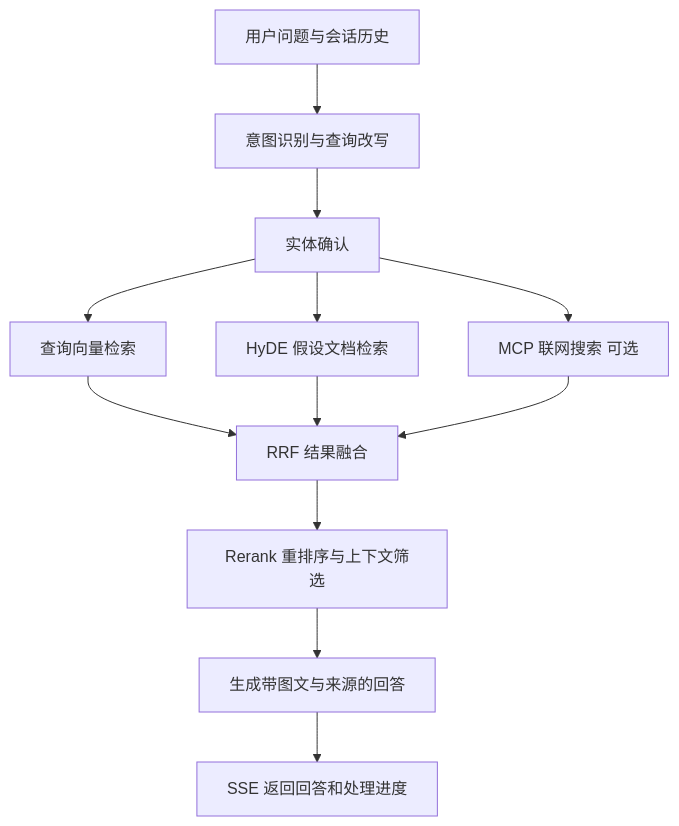
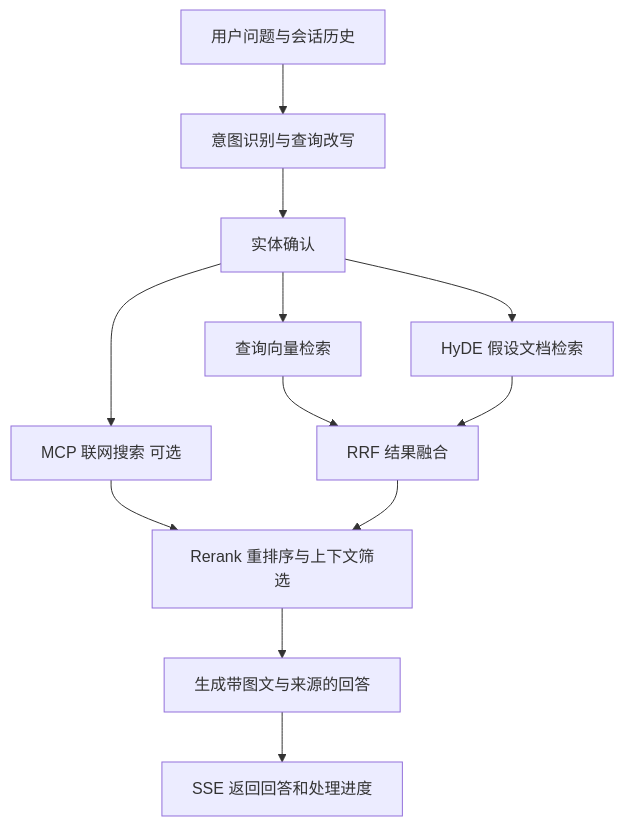
Before and after one commit to yuanshen-ai/RAG: the second of 2 diagrams in README.md, drawn with Mermaid. The commit also changed other lines of this file, not shown here.

Commit message:
docs: correct retrieval flow and evaluation instructions

````diff
--- a/README.md
+++ b/README.md
@@ -36,14 +36,14 @@
 ```mermaid
 flowchart TD
     A[用户问题与会话历史] --> B[意图识别与查询改写]
     B --> C[实体确认]
     C --> D[查询向量检索]
     C --> E[HyDE 假设文档检索]
     C --> F[MCP 联网搜索 可选]
     D --> G[RRF 结果融合]
     E --> G
-    F --> G
+    F --> H
     G --> H[Rerank 重排序与上下文筛选]
     H --> I[生成带图文与来源的回答]
     I --> J[SSE 返回回答和处理进度]
 ```
````
